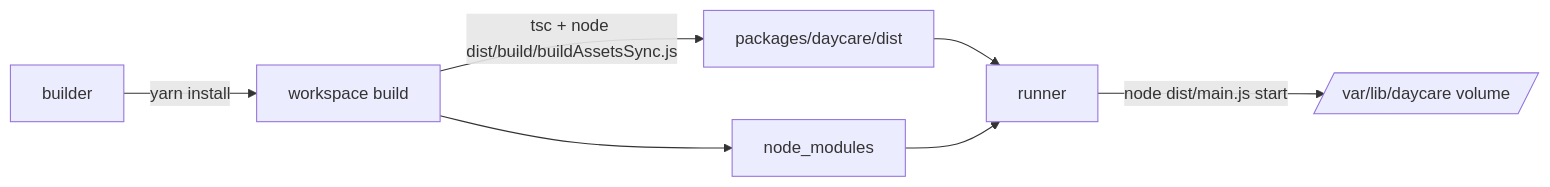
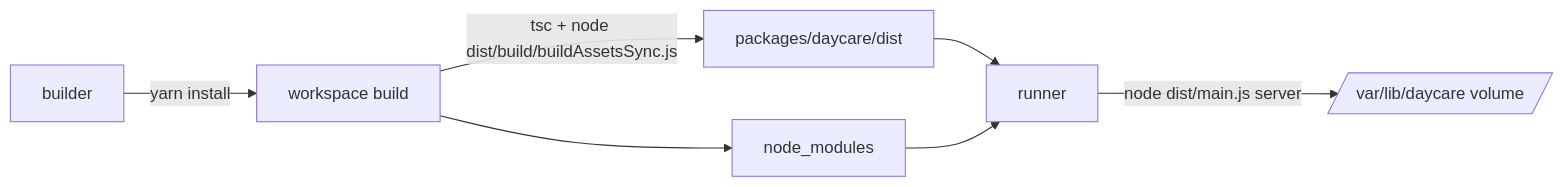
Before and after one commit to ex3ndr/daycare: the diagram in packages/daycare/doc/DOCKER.md, drawn with Mermaid. The commit also changed other lines of this file and 3 other files, not shown here.

Commit message:
fix(daycare): use server mode in deployments

````diff
--- a/packages/daycare/doc/DOCKER.md
+++ b/packages/daycare/doc/DOCKER.md
@@ -23,9 +24,9 @@
 ```mermaid
 flowchart LR
     A[builder] -->|yarn install| B[workspace build]
     B -->|tsc + node dist/build/buildAssetsSync.js| C[packages/daycare/dist]
     B --> D[node_modules]
     C --> E[runner]
     D --> E
-    E -->|node dist/main.js start| F[/var/lib/daycare volume/]
+    E -->|node dist/main.js server| F[/var/lib/daycare volume/]
 ```
````
